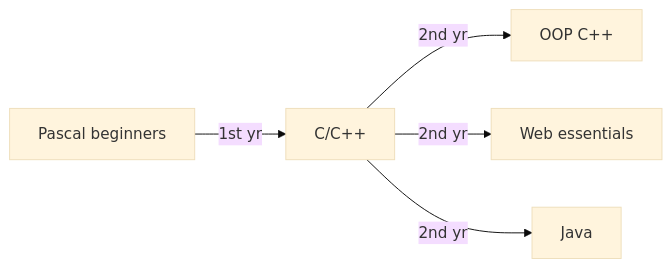
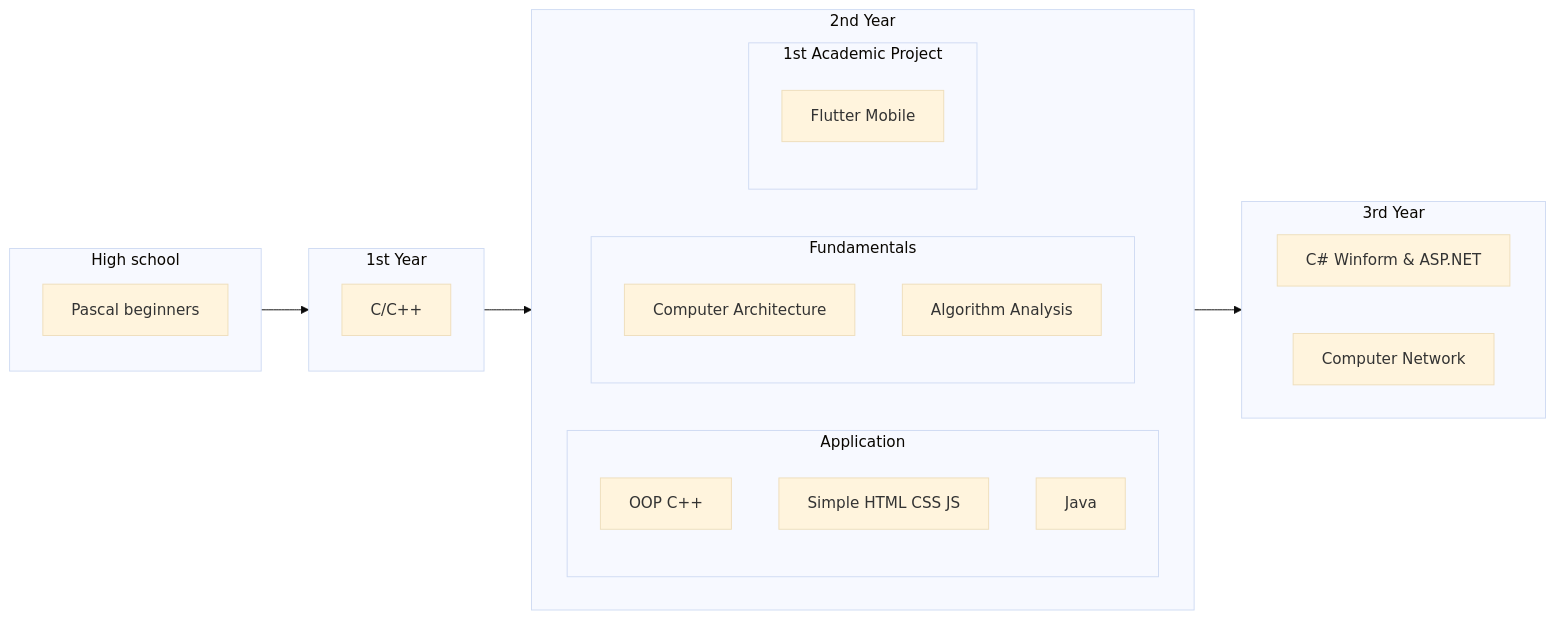
One commit to Bie-NHD/bie-nhd changed the diagram in README.md. Above: the diagram before and after it, drawn with Mermaid (base theme). The commit also changed other lines of this file, not shown here.

Commit message:
Update README.md
Summary: Update 3rd year indexes

````diff
--- a/README.md
+++ b/README.md
@@ -15,9 +11,54 @@
 ```mermaid
 
-    flowchart LR
+ flowchart LR
 
-    A[Pascal beginners]-->|1st yr|B[C/C++]
-    B-->|2nd yr| C[OOP C++] & D[Web essentials] & E[Java]
+    
+    
+
+ 
+  
+    SchoolPJ1st[Flutter Mobile]
+
+
+    subgraph Highschool[High school]
+    A[Pascal beginners]
+    end
+
+    subgraph YearOne[1st Year]
+            direction TB
+        B[C/C++]
+        
+    end
+
+    subgraph YearTwo[2nd Year]
+        direction LR
+        subgraph App2[Application]
+           C[OOP C++]
+        
+    D[Simple HTML CSS JS]
+          E[Java]
+        end
+
+        subgraph Fund2[Fundamentals]
+        CompArch[Computer Architecture]
+        AlgoAnl[Algorithm Analysis]
+        end
+
+        subgraph s_spj1st[1st Academic Project]
+        SchoolPJ1st
+        end
+    end
+
+    subgraph YearThree[3rd Year]
+        direction LR
+      F[C# Winform & ASP.NET]
+        Network[Computer Network]
+    end
+
+
+    YearOne-->YearTwo
+    Highschool --> YearOne
+    YearTwo-->YearThree
 
 
 ```
````
